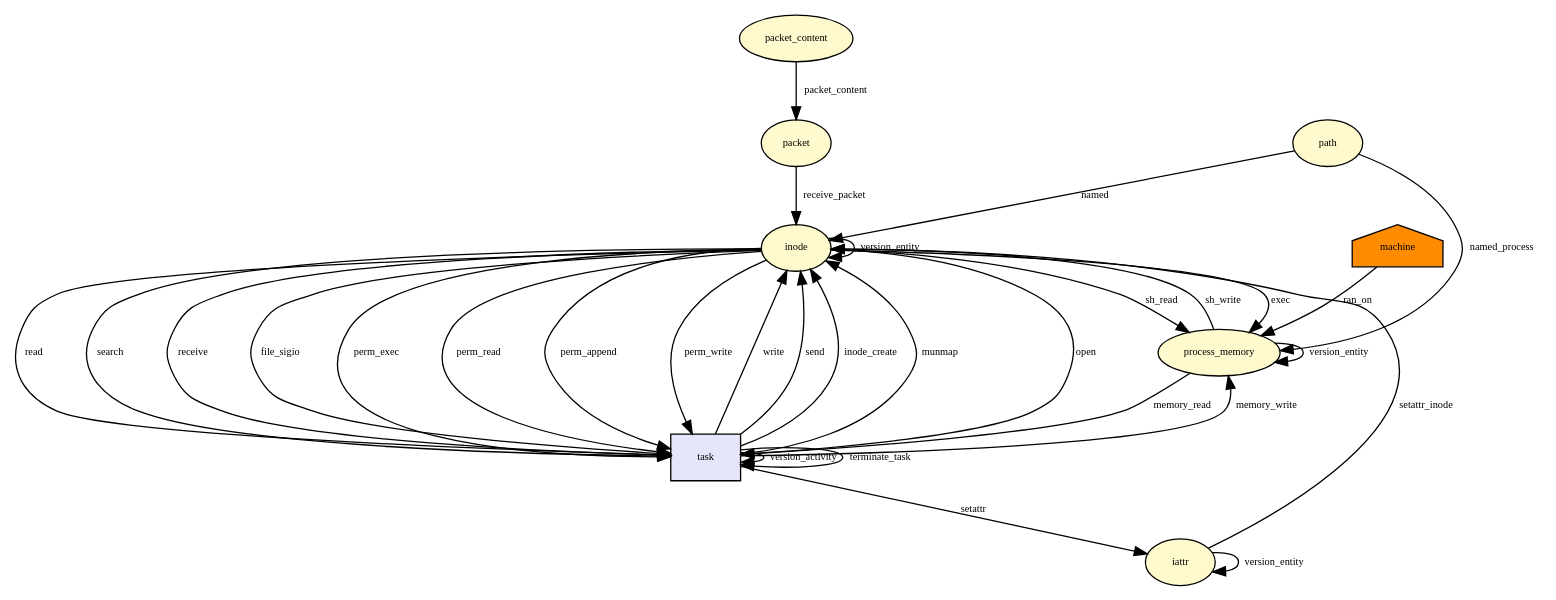
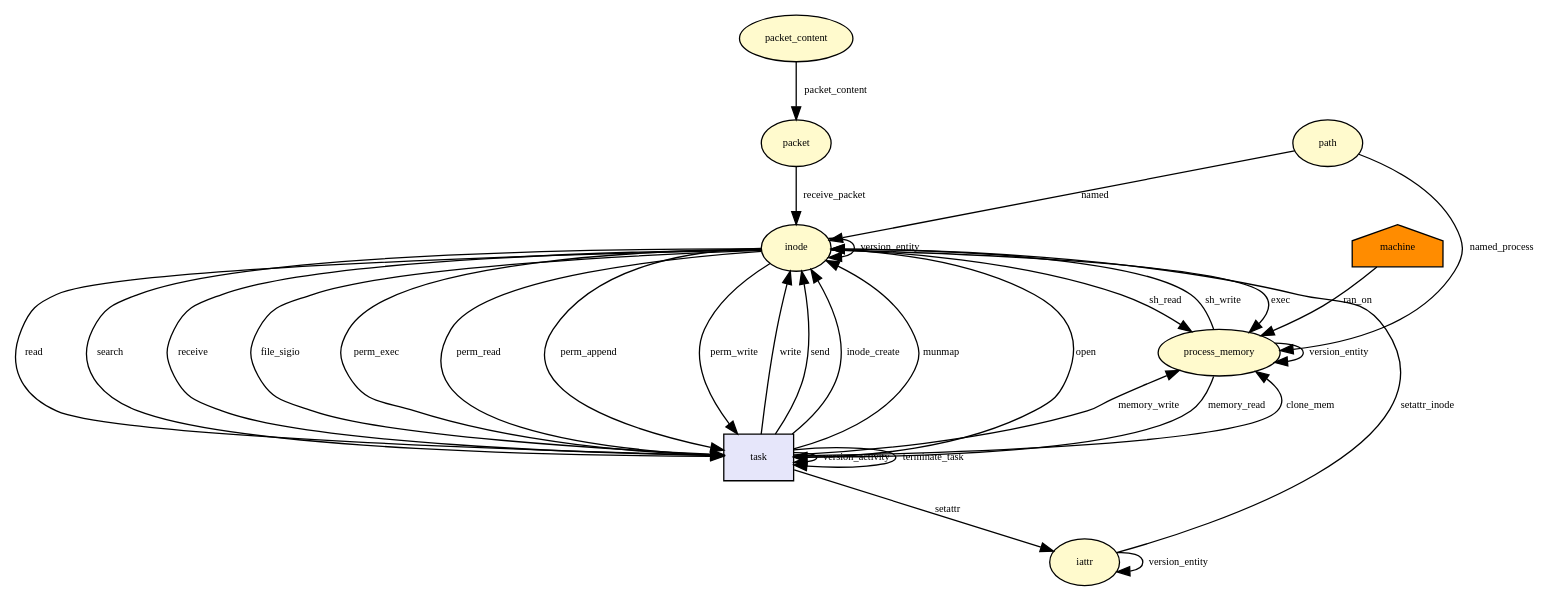
Before and after one commit to CamFlow/camflow-dev: the diagram in docs/dot/__x64_sys_execveat.dot, drawn with Graphviz. The commit also changed 65 other files, not shown here.

```diff
--- a/docs/dot/__x64_sys_execveat.dot
+++ b/docs/dot/__x64_sys_execveat.dot
@@ -1,77 +1,79 @@
 digraph RGL__DirectedAdjacencyGraph {path[fontsize = 8,label = path,shape = ellipse, fillcolor="#fffacd", style = filled]
 
 inode[fontsize = 8,label = inode,shape = ellipse, fillcolor="#fffacd", style = filled]
 
 path -> inode[fontsize = 8,label = named]
 
 process_memory[fontsize = 8,label = process_memory,shape = ellipse, fillcolor="#fffacd", style = filled]
 
 inode -> process_memory[fontsize = 8,label = exec]
 
 process_memory -> process_memory[fontsize = 8,label = version_entity]
 
+task[fontsize = 8,label = task,shape = rectangle, fillcolor="#e6e6fa", style = filled]
+
+process_memory -> task[fontsize = 8,label = memory_read]
+
+task -> process_memory[fontsize = 8,label = clone_mem]
+
+task -> task[fontsize = 8,label = version_activity]
+
+inode -> process_memory[fontsize = 8,label = sh_read]
+
 path -> process_memory[fontsize = 8,label = named_process]
 
 machine[fontsize = 8,label = machine,shape = house, fillcolor="#ff8c00", style = filled]
 
 machine -> process_memory[fontsize = 8,label = ran_on]
 
-task[fontsize = 8,label = task,shape = rectangle, fillcolor="#e6e6fa", style = filled]
-
 inode -> task[fontsize = 8,label = open]
 
 task -> process_memory[fontsize = 8,label = memory_write]
-
-task -> task[fontsize = 8,label = version_activity]
 
 process_memory -> inode[fontsize = 8,label = sh_write]
 
 inode -> inode[fontsize = 8,label = version_entity]
 
-process_memory -> task[fontsize = 8,label = memory_read]
-
 task -> inode[fontsize = 8,label = write]
-
-inode -> process_memory[fontsize = 8,label = sh_read]
 
 inode -> task[fontsize = 8,label = read]
 
 inode -> task[fontsize = 8,label = search]
 
 task -> inode[fontsize = 8,label = send]
 
 inode -> task[fontsize = 8,label = receive]
 
 inode -> task[fontsize = 8,label = file_sigio]
 
 task -> inode[fontsize = 8,label = inode_create]
 
 inode -> task[fontsize = 8,label = perm_exec]
 
 inode -> task[fontsize = 8,label = perm_read]
 
 inode -> task[fontsize = 8,label = perm_append]
 
 inode -> task[fontsize = 8,label = perm_write]
 
 iattr[fontsize = 8,label = iattr,shape = ellipse, fillcolor="#fffacd", style = filled]
 
 task -> iattr[fontsize = 8,label = setattr]
 
 iattr -> iattr[fontsize = 8,label = version_entity]
 
 iattr -> inode[fontsize = 8,label = setattr_inode]
 
 task -> inode[fontsize = 8,label = munmap]
 
 packet_content[fontsize = 8,label = packet_content,shape = ellipse, fillcolor="#fffacd", style = filled]
 
 packet[fontsize = 8,label = packet,shape = ellipse, fillcolor="#fffacd", style = filled]
 
 packet_content -> packet[fontsize = 8,label = packet_content]
 
 packet -> inode[fontsize = 8,label = receive_packet]
 
 task -> task[fontsize = 8,label = terminate_task]
 
 }
```
